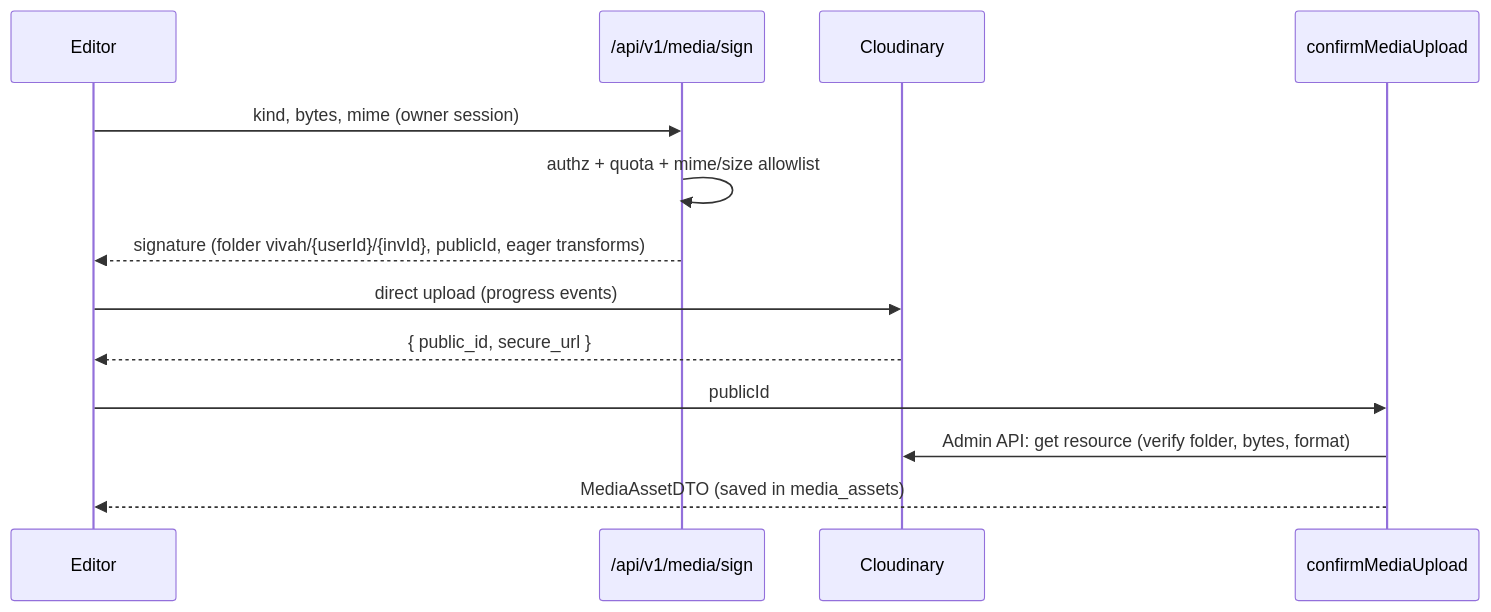
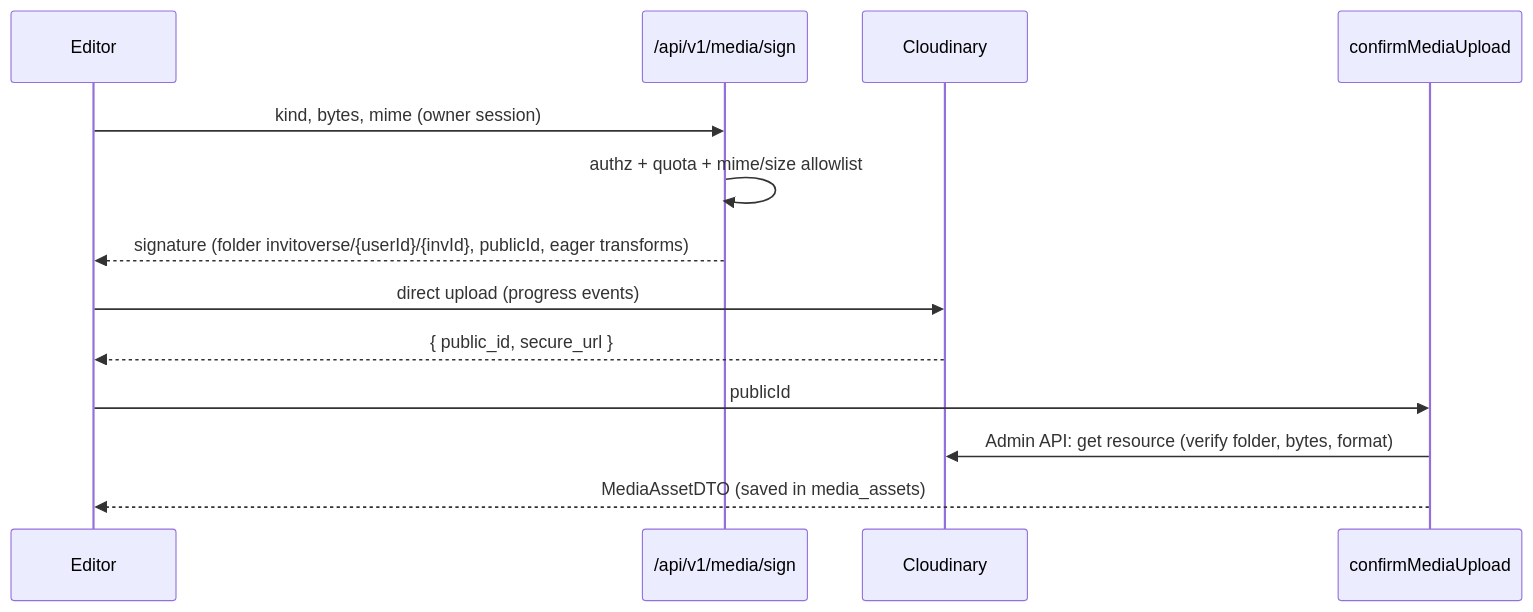
Before and after one commit to KaranKumar-97/invitoverse: the diagram in docs/04-api-design.md, drawn with Mermaid. The commit also changed 24 other files, not shown here.

First line of the commit message:
chore: rename internal identifiers from vivah to invitoverse

````diff
--- a/docs/04-api-design.md
+++ b/docs/04-api-design.md
@@ -89,15 +89,15 @@
 ```mermaid
 sequenceDiagram
     participant C as Editor
     participant API as /api/v1/media/sign
     participant CL as Cloudinary
     participant SA as confirmMediaUpload
     C->>API: kind, bytes, mime (owner session)
     API->>API: authz + quota + mime/size allowlist
-    API-->>C: signature (folder vivah/{userId}/{invId}, publicId, eager transforms)
+    API-->>C: signature (folder invitoverse/{userId}/{invId}, publicId, eager transforms)
     C->>CL: direct upload (progress events)
     CL-->>C: { public_id, secure_url }
     C->>SA: publicId
     SA->>CL: Admin API: get resource (verify folder, bytes, format)
     SA-->>C: MediaAssetDTO (saved in media_assets)
 ```
````
